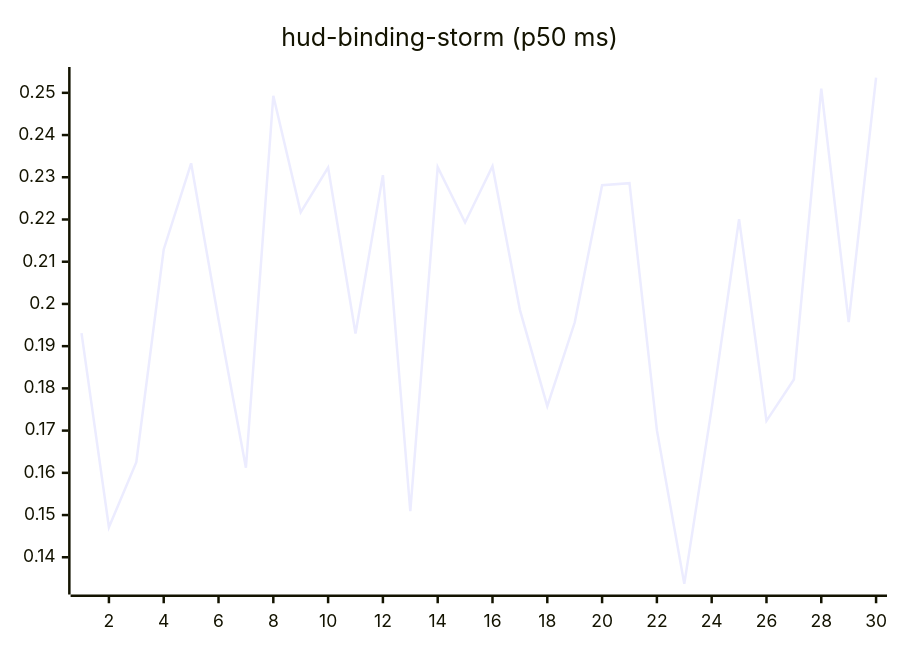
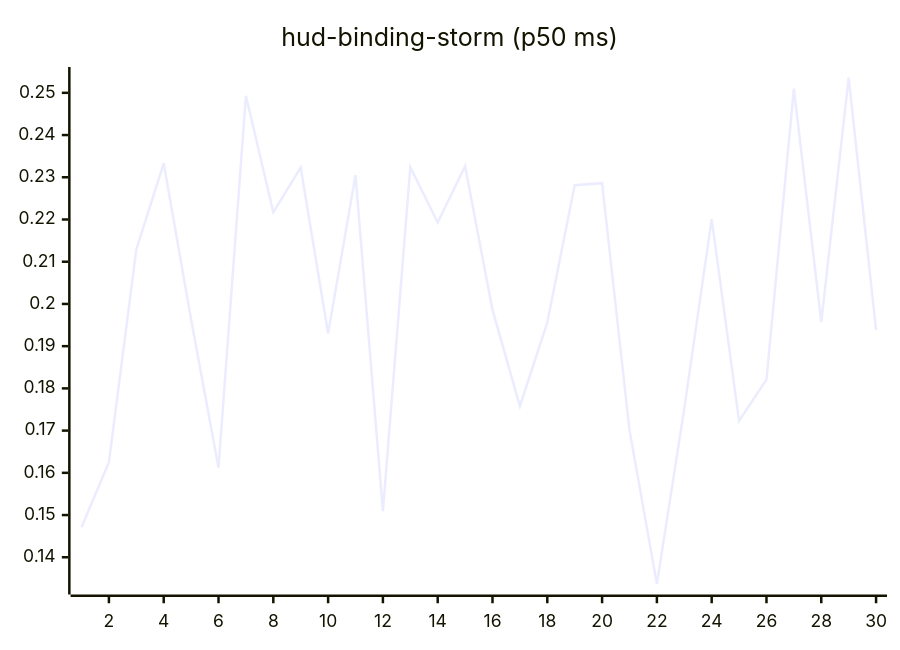
The tenth of 27 diagrams in README.md (josha/Facet), drawn with Mermaid before and after one commit. The commit also changed other lines of this file and 2 other files, not shown here.

````diff
--- a/README.md
+++ b/README.md
@@ -126,6 +126,6 @@
 ```mermaid
 xychart-beta
     title "hud-binding-storm (p50 ms)"
     x-axis 1 --> 30
-    line [0.1931, 0.1471, 0.1625, 0.2129, 0.2333, 0.1963, 0.1612, 0.2493, 0.2217, 0.2323, 0.1930, 0.2305, 0.1509, 0.2324, 0.2193, 0.2326, 0.1986, 0.1758, 0.1956, 0.2281, 0.2286, 0.1701, 0.1337, 0.1752, 0.2201, 0.1723, 0.1821, 0.2510, 0.1957, 0.2536]
+    line [0.1471, 0.1625, 0.2129, 0.2333, 0.1963, 0.1612, 0.2493, 0.2217, 0.2323, 0.1930, 0.2305, 0.1509, 0.2324, 0.2193, 0.2326, 0.1986, 0.1758, 0.1956, 0.2281, 0.2286, 0.1701, 0.1337, 0.1752, 0.2201, 0.1723, 0.1821, 0.2510, 0.1957, 0.2536, 0.1938]
 ```
````
